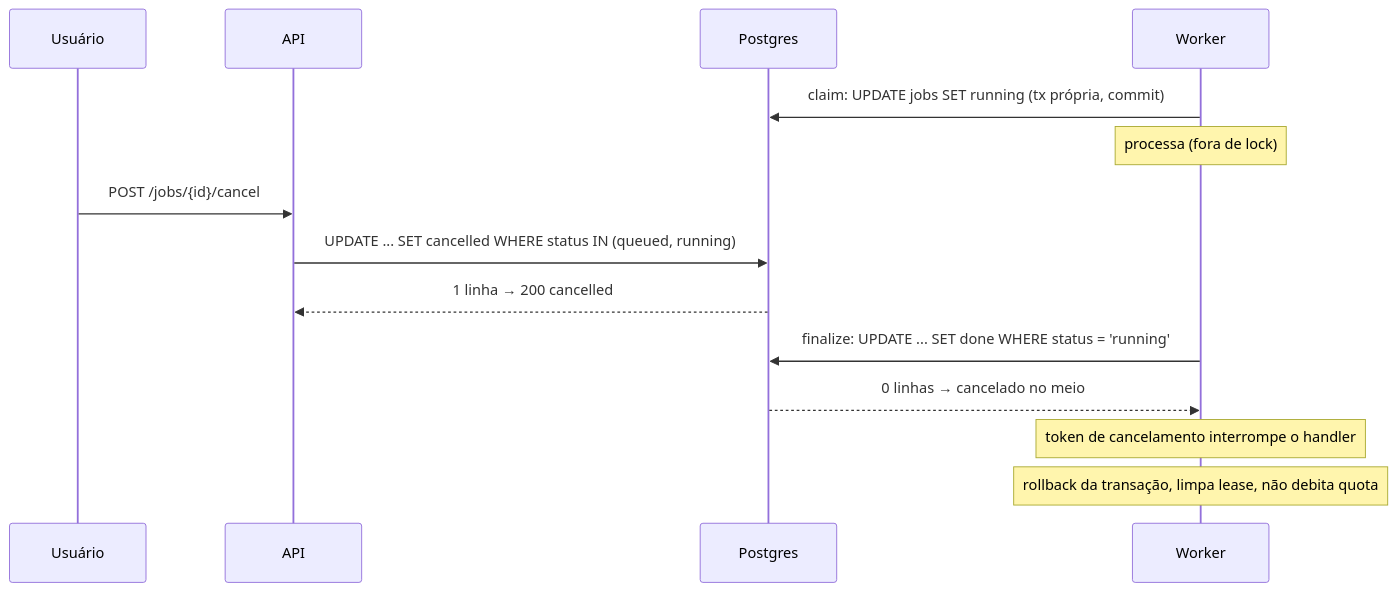
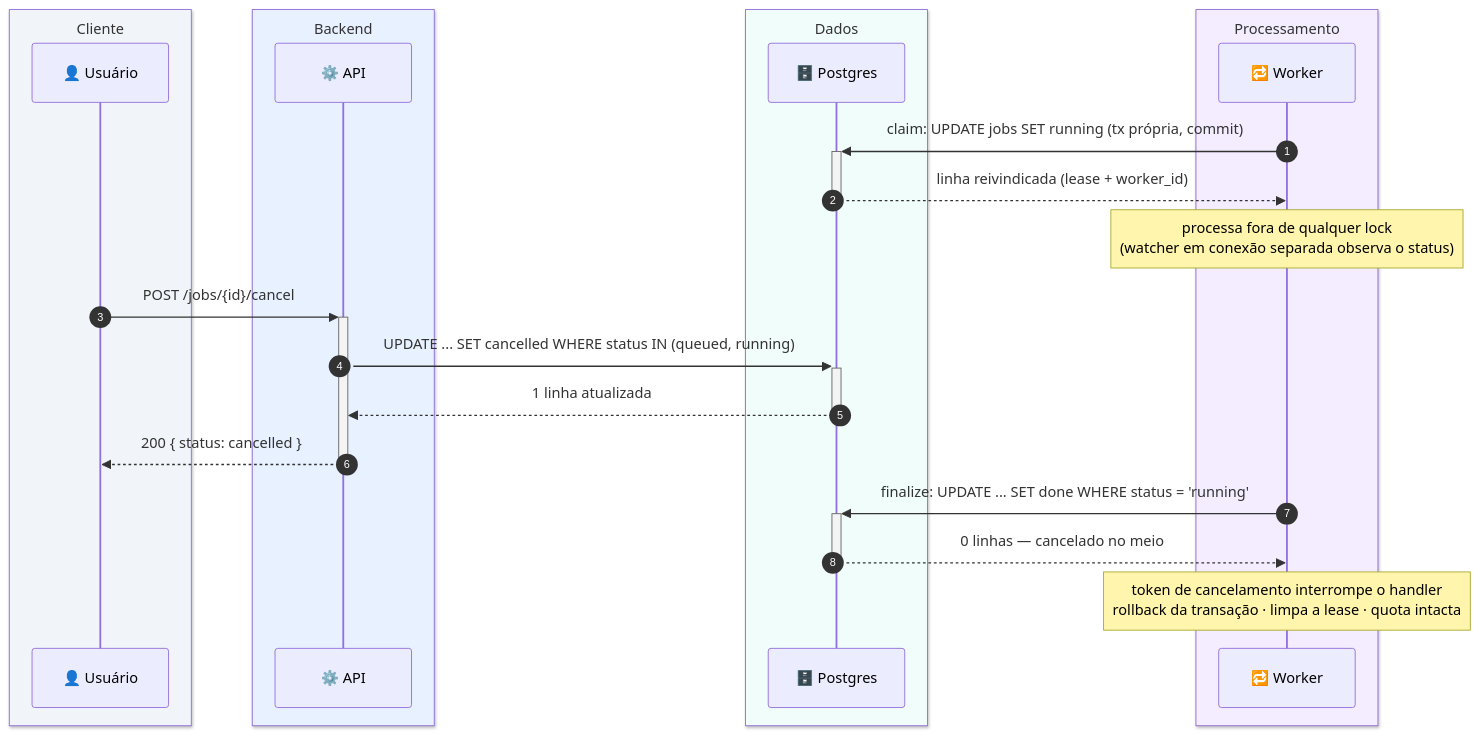
The third of 4 diagrams in docs/README.md (vinnedev/case-fullstack-senior), drawn with Mermaid before and after one commit. The commit also changed other lines of this file and 6 other files, not shown here.

````diff
--- a/docs/README.md
+++ b/docs/README.md
@@ -75,17 +104,27 @@
 ```mermaid
 sequenceDiagram
-    participant U as Usuário
-    participant A as API
-    participant P as Postgres
-    participant K as Worker
+    autonumber
+    box rgb(241, 245, 249) Cliente
+        participant U as 👤 Usuário
+    end
+    box rgb(232, 241, 255) Backend
+        participant A as ⚙️ API
+    end
+    box rgb(240, 253, 250) Dados
+        participant P as 🗄️ Postgres
+    end
+    box rgb(243, 237, 255) Processamento
+        participant K as 🔁 Worker
+    end
 
-    K->>P: claim: UPDATE jobs SET running (tx própria, commit)
-    Note over K: processa (fora de lock)
-    U->>A: POST /jobs/{id}/cancel
-    A->>P: UPDATE ... SET cancelled WHERE status IN (queued, running)
-    P-->>A: 1 linha → 200 cancelled
-    K->>P: finalize: UPDATE ... SET done WHERE status = 'running'
-    P-->>K: 0 linhas → cancelado no meio
-    Note over K: token de cancelamento interrompe o handler
-    Note over K: rollback da transação, limpa lease, não debita quota
+    K->>+P: claim: UPDATE jobs SET running (tx própria, commit)
+    P-->>-K: linha reivindicada (lease + worker_id)
+    Note over K: processa fora de qualquer lock<br/>(watcher em conexão separada observa o status)
+    U->>+A: POST /jobs/{id}/cancel
+    A->>+P: UPDATE ... SET cancelled WHERE status IN (queued, running)
+    P-->>-A: 1 linha atualizada
+    A-->>-U: 200 { status: cancelled }
+    K->>+P: finalize: UPDATE ... SET done WHERE status = 'running'
+    P-->>-K: 0 linhas — cancelado no meio
+    Note over K: token de cancelamento interrompe o handler<br/>rollback da transação · limpa a lease · quota intacta
 ```
````
